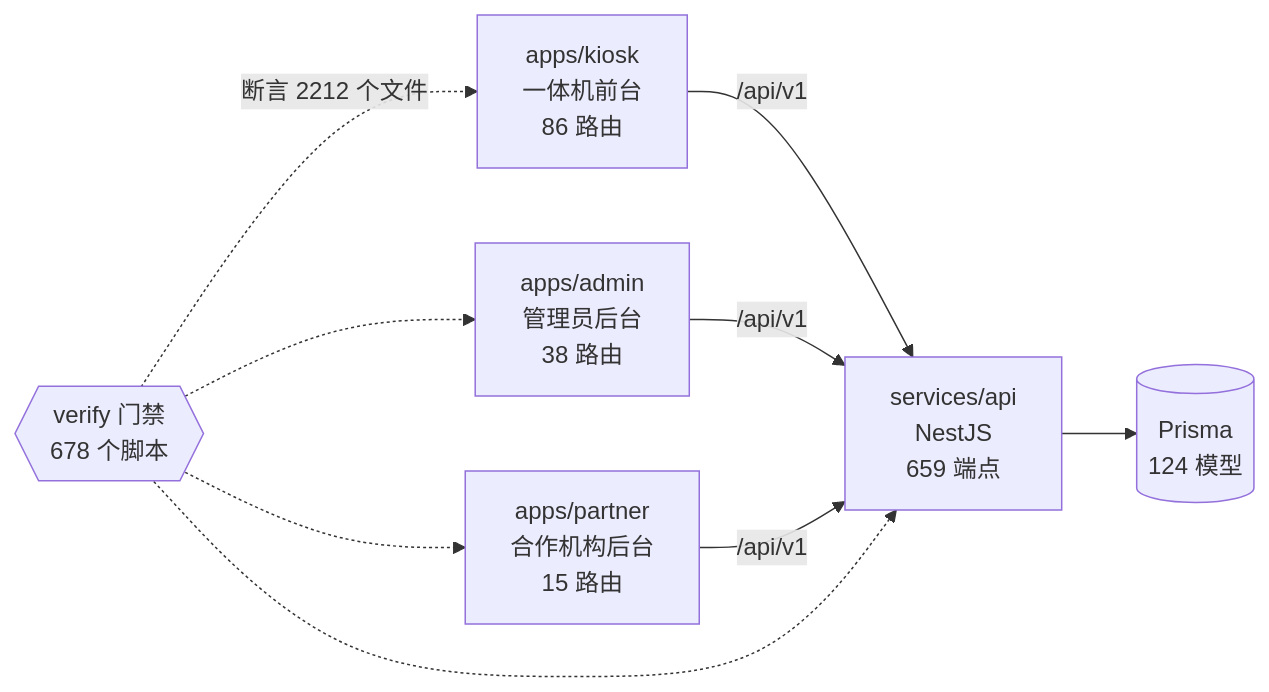
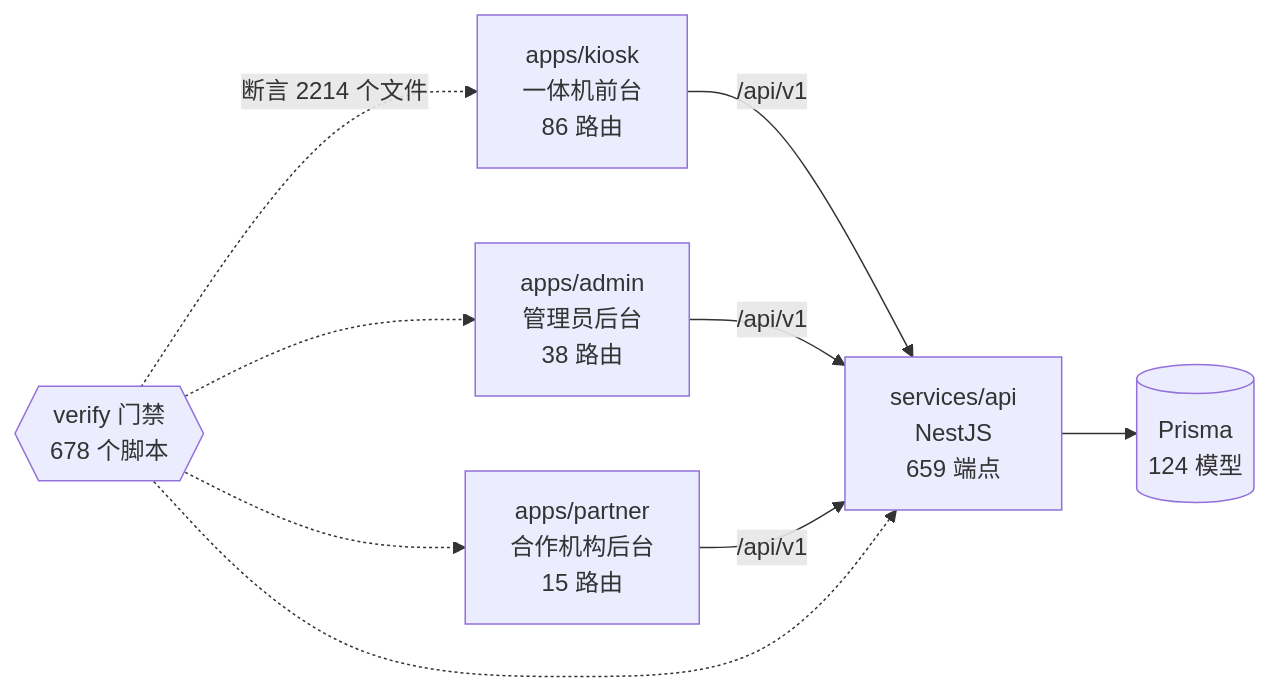
Before and after one commit to wanglei581/YITIJI: the diagram in docs/graph/README.md, drawn with Mermaid. The commit also changed other lines of this file and 9 other files, not shown here.

````diff
--- a/docs/graph/README.md
+++ b/docs/graph/README.md
@@ -68,18 +68,18 @@
 ```mermaid
 flowchart LR
   kiosk["apps/kiosk<br/>一体机前台<br/>86 路由"]
   admin["apps/admin<br/>管理员后台<br/>38 路由"]
   partner["apps/partner<br/>合作机构后台<br/>15 路由"]
   api["services/api<br/>NestJS<br/>659 端点"]
   db[("Prisma<br/>124 模型")]
   gates{{"verify 门禁<br/>678 个脚本"}}
 
   kiosk -->|"/api/v1"| api
   admin -->|"/api/v1"| api
   partner -->|"/api/v1"| api
   api --> db
-  gates -.->|"断言 2212 个文件"| kiosk
+  gates -.->|"断言 2214 个文件"| kiosk
   gates -.-> admin
   gates -.-> partner
   gates -.-> api
 ```
````
